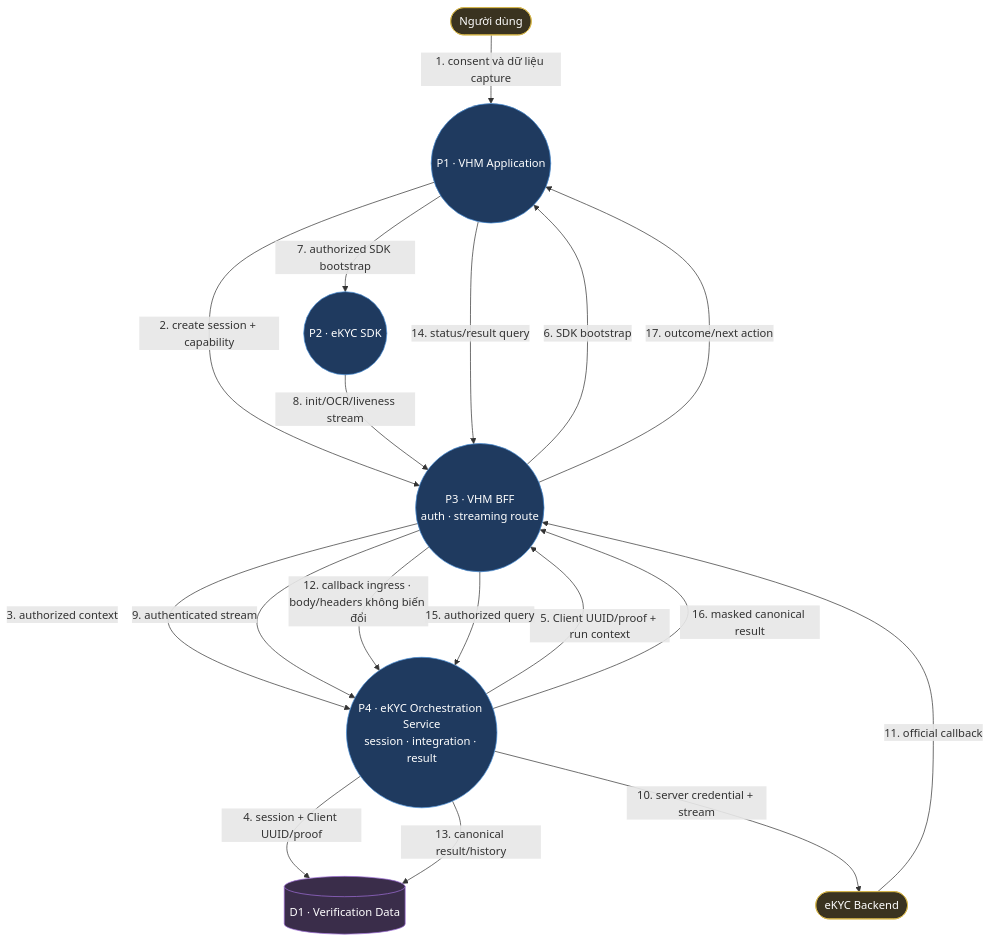
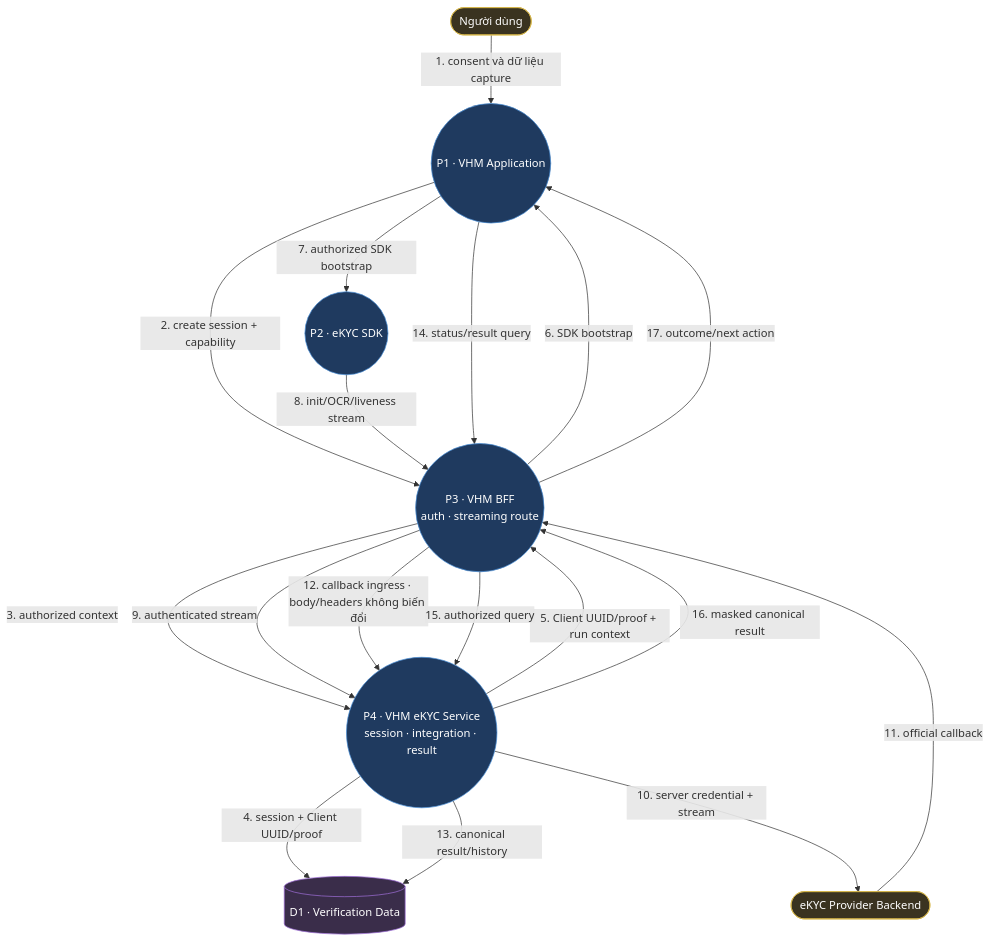
Before and after one commit to huynv-xyz/vhm: the third of 16 diagrams in README.md, drawn with Mermaid. The commit also changed other lines of this file, not shown here.

````diff
--- a/README.md
+++ b/README.md
@@ -430,32 +424,32 @@
 ```mermaid
 flowchart TB
     USER(["Người dùng"]):::entity
-    BACKEND(["eKYC Backend"]):::entity
+    BACKEND(["eKYC Provider Backend"]):::entity
     APP(("P1 · VHM Application")):::process
     SDK(("P2 · eKYC SDK")):::process
     BFF(("P3 · VHM BFF<br/>auth · streaming route")):::process
-    Orchestrator(("P4 · eKYC Orchestration Service<br/>session · integration · result")):::process
+    EKYC_SERVICE(("P4 · VHM eKYC Service<br/>session · integration · result")):::process
     DB[("D1 · Verification Data")]:::datastore
 
     USER -->|"1. consent và dữ liệu capture"| APP
     APP -->|"2. create session + capability"| BFF
-    BFF -->|"3. authorized context"| Orchestrator
-    Orchestrator -->|"4. session + Client UUID/proof"| DB
-    Orchestrator -->|"5. Client UUID/proof + run context"| BFF
+    BFF -->|"3. authorized context"| EKYC_SERVICE
+    EKYC_SERVICE -->|"4. session + Client UUID/proof"| DB
+    EKYC_SERVICE -->|"5. Client UUID/proof + run context"| BFF
     BFF -->|"6. SDK bootstrap"| APP
     APP -->|"7. authorized SDK bootstrap"| SDK
     SDK -->|"8. init/OCR/liveness stream"| BFF
-    BFF -->|"9. authenticated stream"| Orchestrator
-    Orchestrator -->|"10. server credential + stream"| BACKEND
+    BFF -->|"9. authenticated stream"| EKYC_SERVICE
+    EKYC_SERVICE -->|"10. server credential + stream"| BACKEND
     BACKEND -->|"11. official callback"| BFF
-    BFF -->|"12. callback ingress · body/headers không biến đổi"| Orchestrator
-    Orchestrator -->|"13. canonical result/history"| DB
+    BFF -->|"12. callback ingress · body/headers không biến đổi"| EKYC_SERVICE
+    EKYC_SERVICE -->|"13. canonical result/history"| DB
     APP -->|"14. status/result query"| BFF
-    BFF -->|"15. authorized query"| Orchestrator
-    Orchestrator -->|"16. masked canonical result"| BFF
+    BFF -->|"15. authorized query"| EKYC_SERVICE
+    EKYC_SERVICE -->|"16. masked canonical result"| BFF
     BFF -->|"17. outcome/next action"| APP
 
     classDef entity fill:#3a3320,stroke:#d9b84a,color:#fff;
     classDef process fill:#1f3a5f,stroke:#4a90d9,color:#fff;
     classDef datastore fill:#3a2d4a,stroke:#a06fd9,color:#fff;
 ```
````
